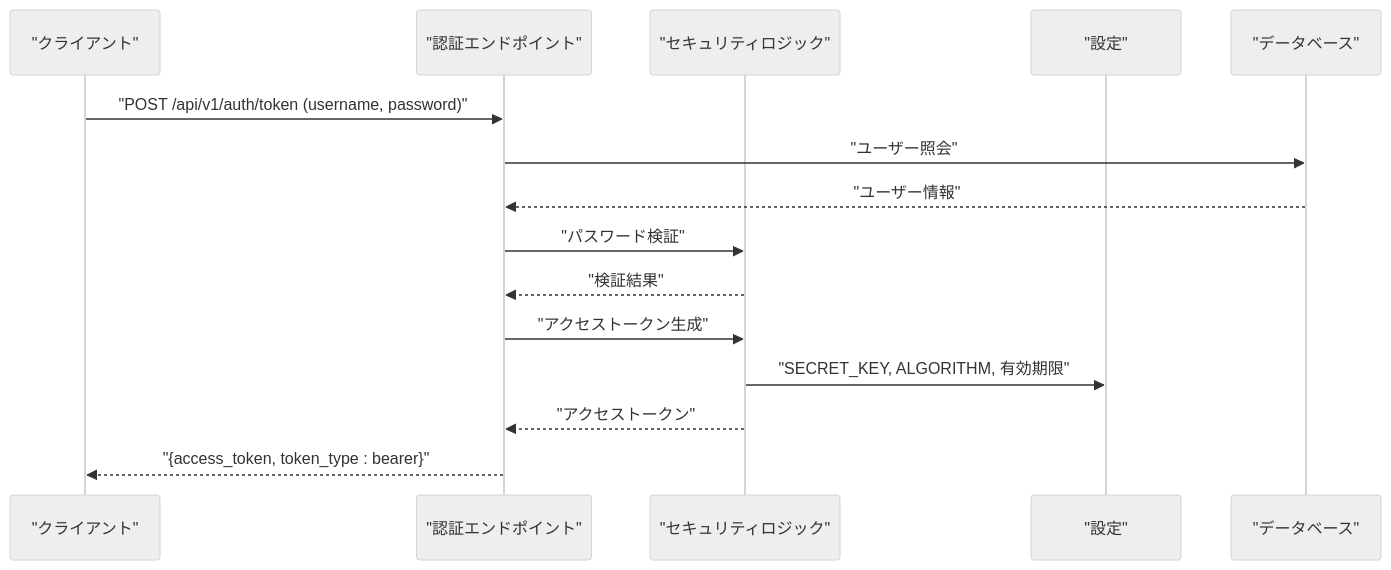
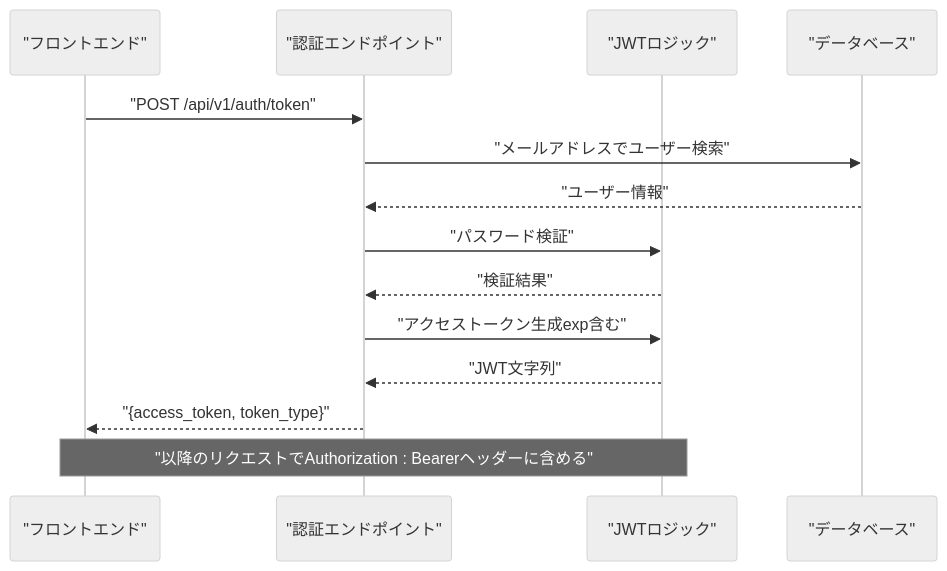
Before and after one commit to ss8806/Todos: the second of 7 diagrams in .qoder/repowiki/ja/content/認証システム/JWTトークン管理.md, drawn with Mermaid (neutral theme). The commit also changed other lines of this file and 106 other files, not shown here.

````diff
--- a/.qoder/repowiki/ja/content/認証システム/JWTトークン管理.md
+++ b/.qoder/repowiki/ja/content/認証システム/JWTトークン管理.md
@@ -85,17 +121,16 @@
 ```mermaid
 sequenceDiagram
-participant Client as "クライアント"
-participant AuthEP as "認証エンドポイント"
-participant Security as "セキュリティロジック"
-participant Config as "設定"
+participant FE as "フロントエンド"
+participant AUTH as "認証エンドポイント"
+participant SEC as "JWTロジック"
 participant DB as "データベース"
-Client->>AuthEP : "POST /api/v1/auth/token (username, password)"
-AuthEP->>DB : "ユーザー照会"
-DB-->>AuthEP : "ユーザー情報"
-AuthEP->>Security : "パスワード検証"
-Security-->>AuthEP : "検証結果"
-AuthEP->>Security : "アクセストークン生成"
-Security->>Config : "SECRET_KEY, ALGORITHM, 有効期限"
-Security-->>AuthEP : "アクセストークン"
-AuthEP-->>Client : "{access_token, token_type : bearer}"
+FE->>AUTH : "POST /api/v1/auth/token"
+AUTH->>DB : "メールアドレスでユーザー検索"
+DB-->>AUTH : "ユーザー情報"
+AUTH->>SEC : "パスワード検証"
+SEC-->>AUTH : "検証結果"
+AUTH->>SEC : "アクセストークン生成exp含む"
+SEC-->>AUTH : "JWT文字列"
+AUTH-->>FE : "{access_token, token_type}"
+Note over FE,SEC : "以降のリクエストでAuthorization : Bearerヘッダーに含める"
 ```
````
